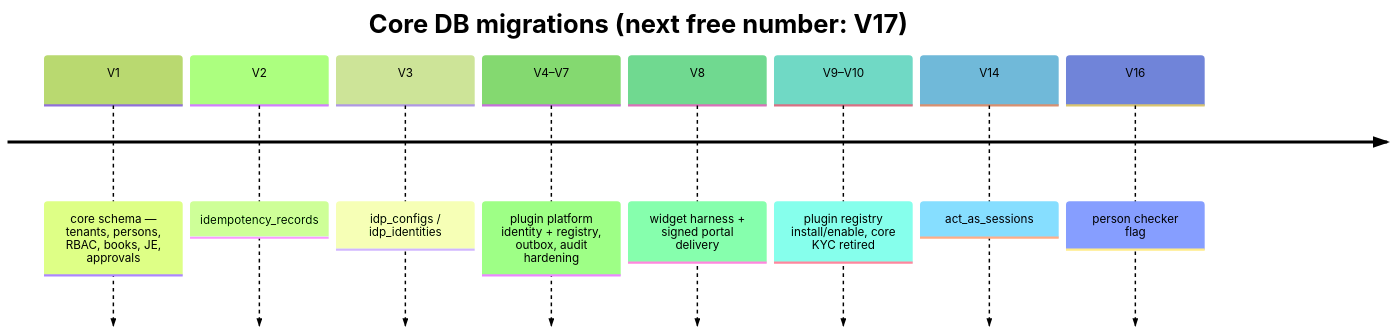
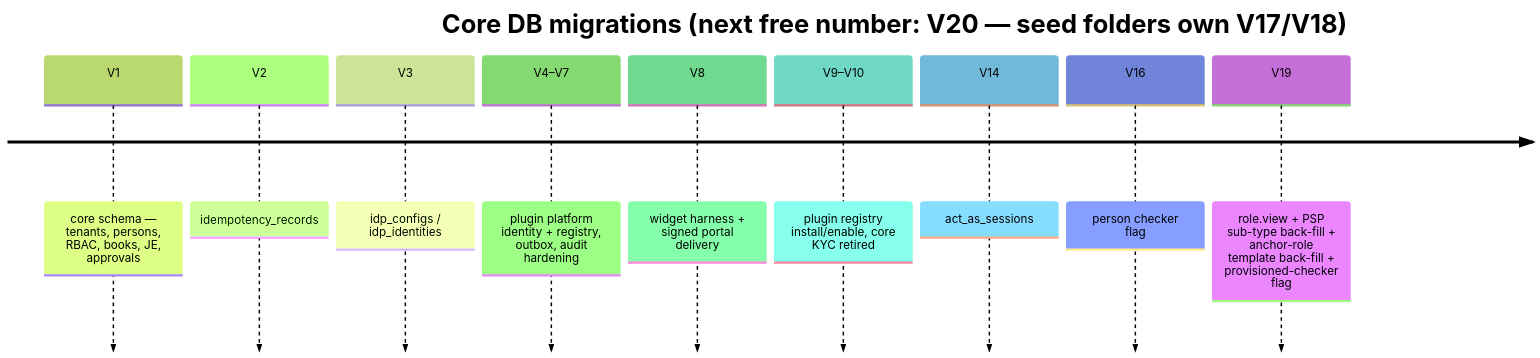
One commit to FathimaBadar/FinancialServicesPlatform changed diagram 31 of 35 in docs/architecture.md. Above: the diagram before and after it, drawn with Mermaid (forest theme). The commit also changed other lines of this file and 122 other files, not shown here.

````diff
--- a/docs/architecture.md
+++ b/docs/architecture.md
@@ -786,12 +828,13 @@
 ```mermaid
 timeline
-    title Core DB migrations (next free number: V17)
+    title Core DB migrations (next free number: V20 — seed folders own V17/V18)
     V1 : core schema — tenants, persons, RBAC, books, JE, approvals
     V2 : idempotency_records
     V3 : idp_configs / idp_identities
     V4–V7 : plugin platform identity + registry, outbox, audit hardening
     V8 : widget harness + signed portal delivery
     V9–V10 : plugin registry install/enable, core KYC retired
     V14 : act_as_sessions
     V16 : person checker flag
+    V19 : role.view + PSP sub-type back-fill + anchor-role template back-fill + provisioned-checker flag
 ```
````
